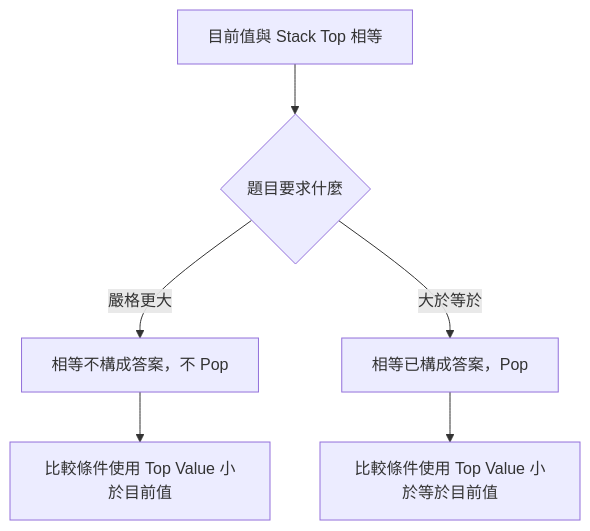
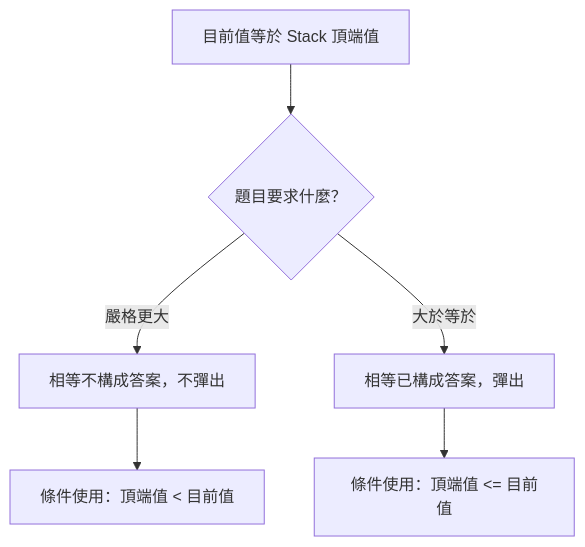
One commit to davidchen0970/algorithm_note changed diagram 12 of 16 in 02_data_structures/08_stack.md. Above: the diagram before and after it, drawn with Mermaid. The commit also changed other lines of this file and 2 other files, not shown here.

````diff
--- a/02_data_structures/08_stack.md
+++ b/02_data_structures/08_stack.md
@@ -1016,8 +1035,8 @@
 ```mermaid
 flowchart TD
-    A[目前值與 Stack Top 相等] --> B{題目要求什麼}
-    B -->|嚴格更大| C[相等不構成答案，不 Pop]
-    B -->|大於等於| D[相等已構成答案，Pop]
-    C --> E[比較條件使用 Top Value 小於目前值]
-    D --> F[比較條件使用 Top Value 小於等於目前值]
+    A["目前值等於 Stack 頂端值"] --> B{"題目要求什麼？"}
+    B -->|嚴格更大| C["相等不構成答案，不彈出"]
+    B -->|大於等於| D["相等已構成答案，彈出"]
+    C --> E["條件使用：頂端值 < 目前值"]
+    D --> F["條件使用：頂端值 <= 目前值"]
 ```
````
